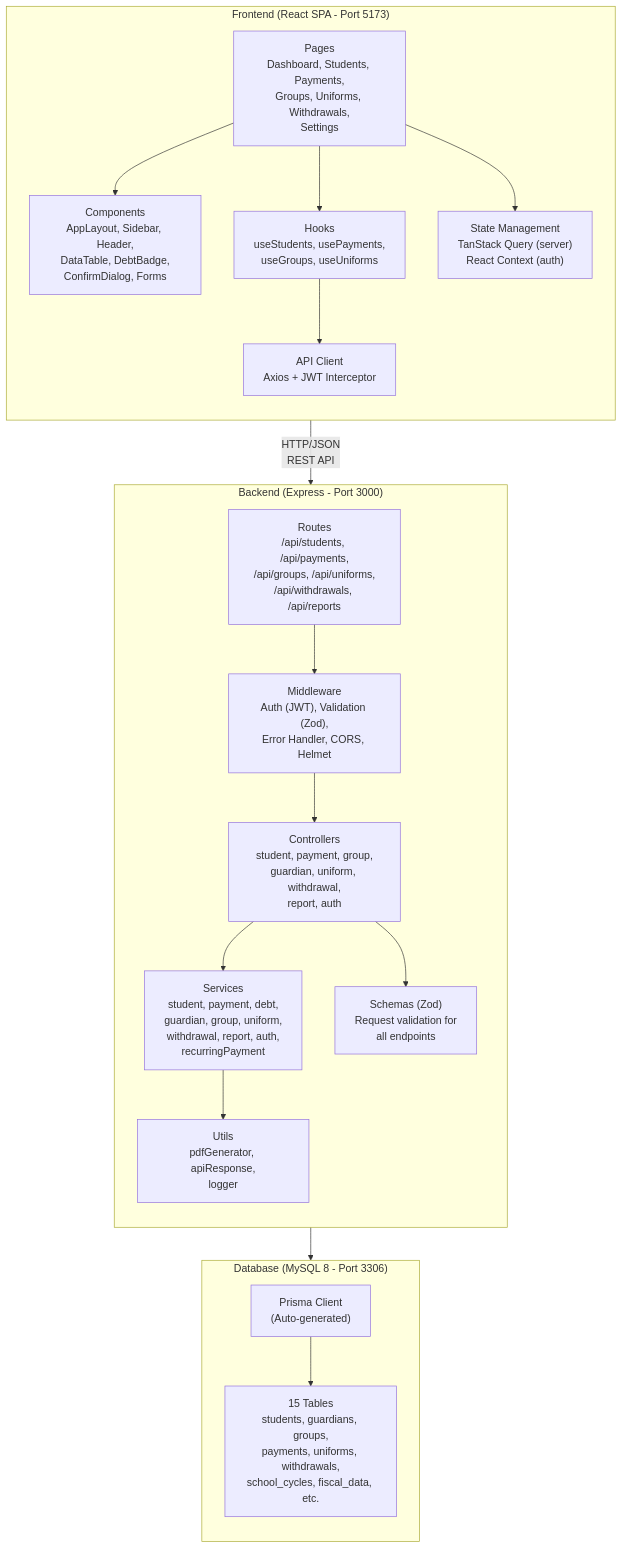
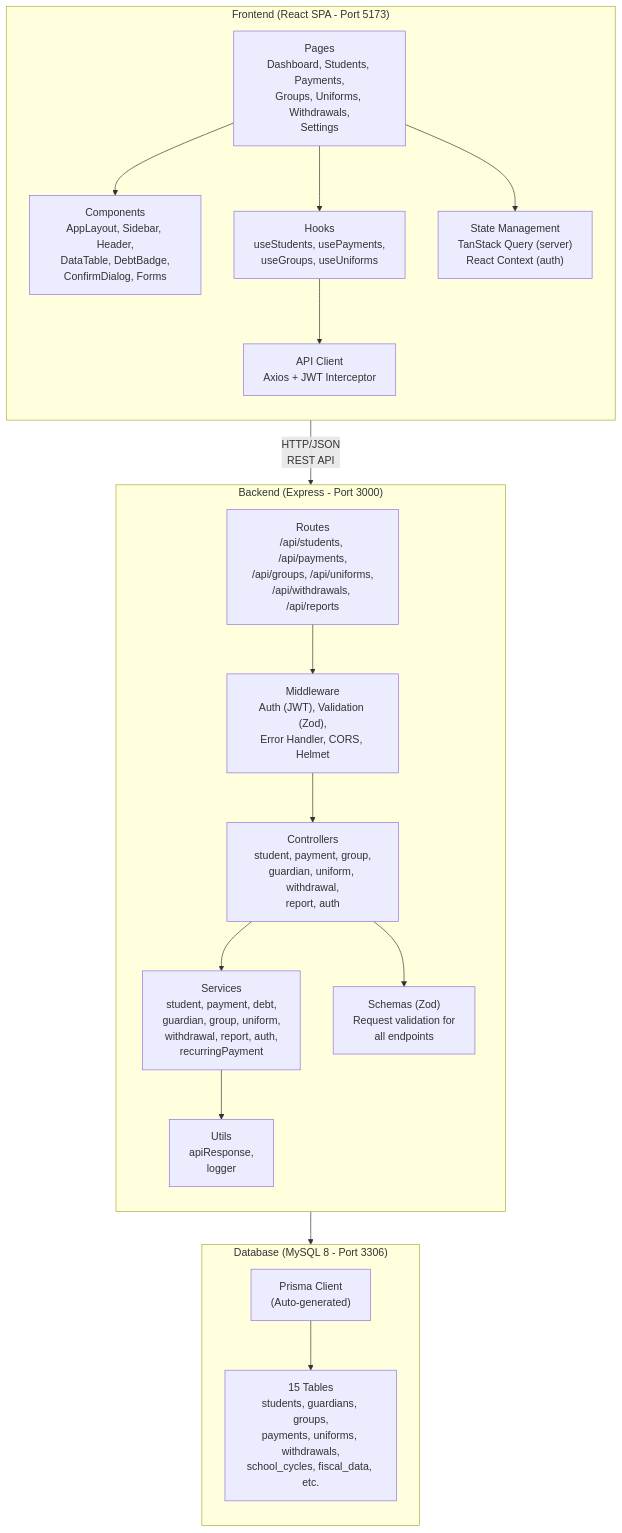
The first of 7 diagrams in docs/Architecture.md (OmarERz/Sistema_Gestion_Escolar), drawn with Mermaid before and after one commit. The commit also changed other lines of this file and 2 other files, not shown here.

````diff
--- a/docs/Architecture.md
+++ b/docs/Architecture.md
@@ -91,43 +93,43 @@
 ```mermaid
 graph TB
     subgraph Frontend["Frontend (React SPA - Port 5173)"]
         direction TB
         Pages["Pages<br/>Dashboard, Students, Payments,<br/>Groups, Uniforms, Withdrawals,<br/>Settings"]
         Components["Components<br/>AppLayout, Sidebar, Header,<br/>DataTable, DebtBadge,<br/>ConfirmDialog, Forms"]
         Hooks["Hooks<br/>useStudents, usePayments,<br/>useGroups, useUniforms"]
         ApiClient["API Client<br/>Axios + JWT Interceptor"]
         State["State Management<br/>TanStack Query (server)<br/>React Context (auth)"]
 
         Pages --> Components
         Pages --> Hooks
         Hooks --> ApiClient
         Pages --> State
     end
 
     subgraph Backend["Backend (Express - Port 3000)"]
         direction TB
         Routes["Routes<br/>/api/students, /api/payments,<br/>/api/groups, /api/uniforms,<br/>/api/withdrawals, /api/reports"]
         Middleware["Middleware<br/>Auth (JWT), Validation (Zod),<br/>Error Handler, CORS, Helmet"]
         Controllers["Controllers<br/>student, payment, group,<br/>guardian, uniform, withdrawal,<br/>report, auth"]
         Services["Services<br/>student, payment, debt,<br/>guardian, group, uniform,<br/>withdrawal, report, auth,<br/>recurringPayment"]
         Schemas["Schemas (Zod)<br/>Request validation for<br/>all endpoints"]
-        Utils["Utils<br/>pdfGenerator, apiResponse,<br/>logger"]
+        Utils["Utils<br/>apiResponse,<br/>logger"]
 
         Routes --> Middleware
         Middleware --> Controllers
         Controllers --> Services
         Controllers --> Schemas
         Services --> Utils
     end
 
     subgraph Database["Database (MySQL 8 - Port 3306)"]
         direction TB
         Prisma["Prisma Client<br/>(Auto-generated)"]
         Tables["15 Tables<br/>students, guardians, groups,<br/>payments, uniforms, withdrawals,<br/>school_cycles, fiscal_data, etc."]
 
         Prisma --> Tables
     end
 
     ApiClient -->|"HTTP/JSON<br/>REST API"| Routes
     Services --> Prisma
 ```
````
